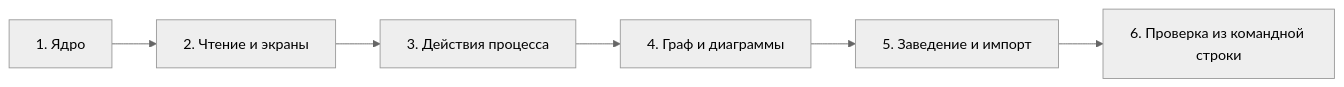
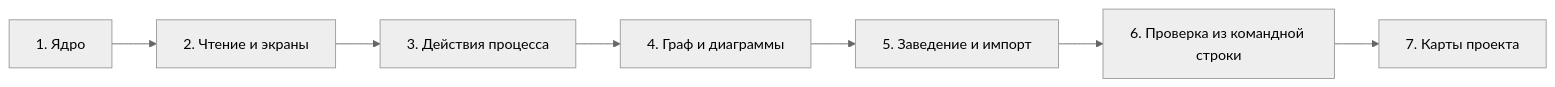
One commit to chelowek054-lgtm/docdd-console changed the diagram in docs/06-phases.md. Above: the diagram before and after it, drawn with Mermaid (neutral theme). The commit also changed other lines of this file and 58 other files, not shown here.

First line of the commit message:
feat: фаза 7 — карты проекта ведут код

````diff
--- a/docs/06-phases.md
+++ b/docs/06-phases.md
@@ -6,8 +6,9 @@
 ```mermaid
 flowchart LR
     f1["1. Ядро"] --> f2["2. Чтение и экраны"]
     f2 --> f3["3. Действия процесса"]
     f3 --> f4["4. Граф и диаграммы"]
     f4 --> f5["5. Заведение и импорт"]
     f5 --> f6["6. Проверка из командной строки"]
+    f6 --> f7["7. Карты проекта"]
 ```
````
